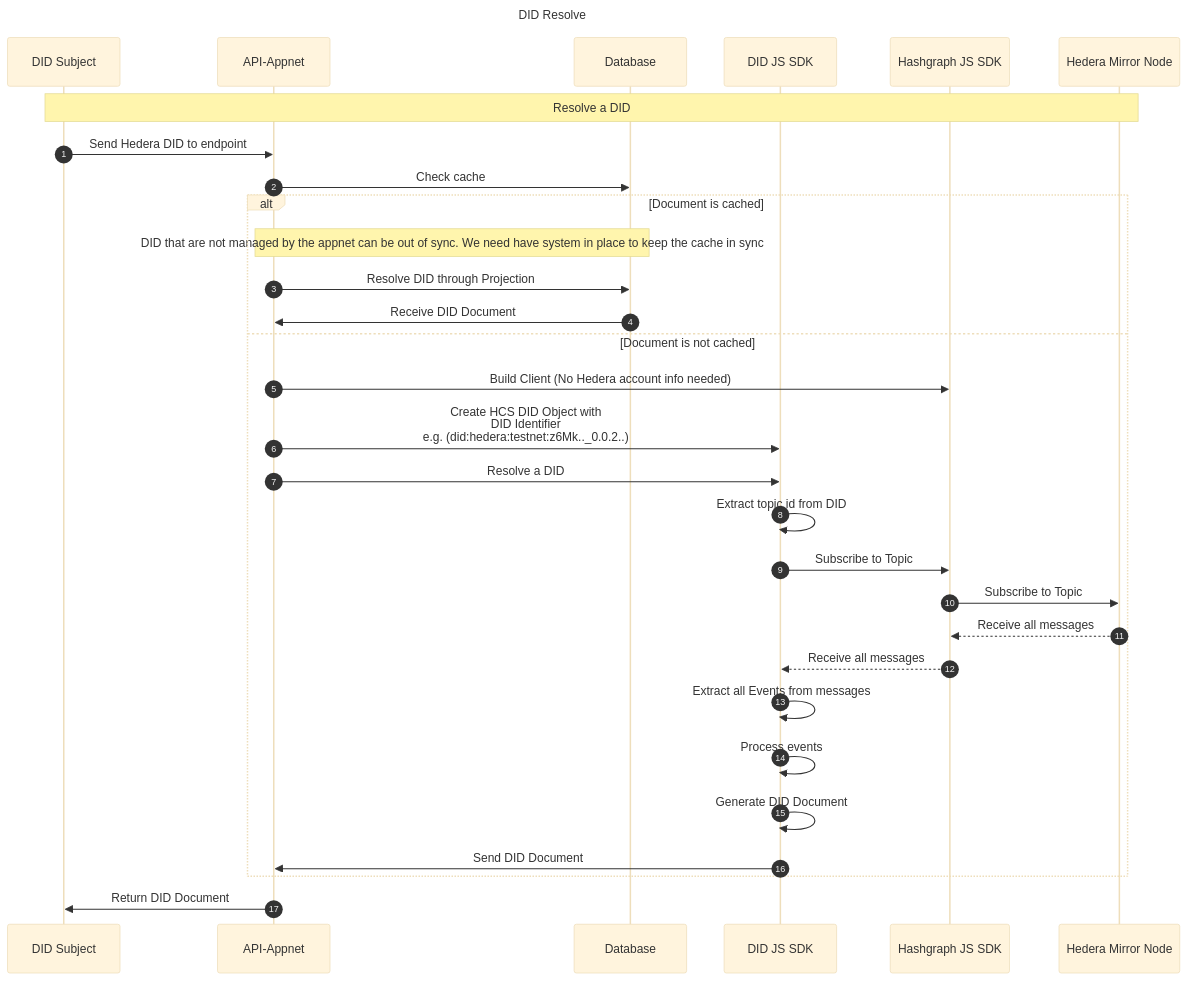
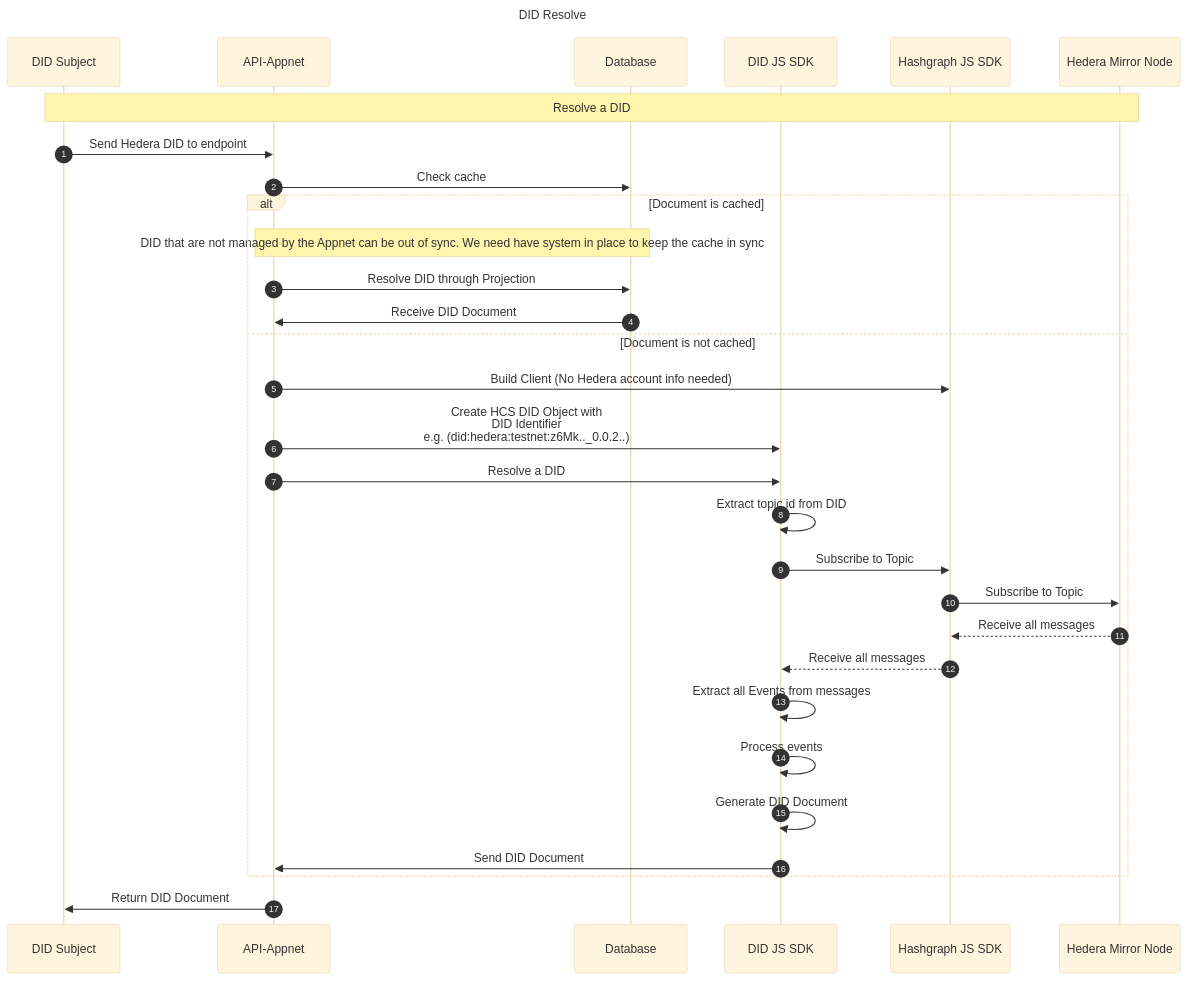
Before and after one commit to Meeco/hedera-did-identity-network: the diagram in documentation/diagrams/did-resolve.mmd, drawn with Mermaid (base theme). The commit also changed 2 other files, not shown here.

```diff
--- a/documentation/diagrams/did-resolve.mmd
+++ b/documentation/diagrams/did-resolve.mmd
@@ -1,33 +1,33 @@
 sequenceDiagram
 Title: DID Resolve
   autonumber
   participant Subject as DID Subject
   participant App as API-Appnet
-  participant DB as Database
+  participant Database as Database
   participant SDK as DID JS SDK
   participant HSDK as Hashgraph JS SDK
   participant HMN as Hedera Mirror Node
 
 note over Subject,HMN: Resolve a DID
 Subject ->> App: Send Hedera DID to endpoint
-App ->> DB: Check cache
+App ->> Database: Check cache
 alt Document is cached
-note over App,DB: DID that are not managed by the appnet can be out of sync. We need have system in place to keep the cache in sync
-App ->> DB: Resolve DID through Projection
-DB ->> App: Receive DID Document
+note over App,Database: DID that are not managed by the Appnet can be out of sync. We need have system in place to keep the cache in sync
+App ->> Database: Resolve DID through Projection
+Database ->> App: Receive DID Document
 else Document is not cached
 App ->> HSDK: Build Client (No Hedera account info needed)
 
 App ->> SDK: Create HCS DID Object with <br> DID Identifier <br> e.g. (did:hedera:testnet:z6Mk.._0.0.2..)
 App ->> SDK: Resolve a DID
 SDK ->> SDK: Extract topic id from DID
 SDK ->> HSDK: Subscribe to Topic
 HSDK ->> HMN: Subscribe to Topic
 HMN -->> HSDK: Receive all messages
 HSDK -->> SDK: Receive all messages
 SDK ->> SDK: Extract all Events from messages
 SDK ->> SDK: Process events
 SDK ->> SDK: Generate DID Document
 SDK ->> App: Send DID Document
 end
 App->>Subject: Return DID Document
```
